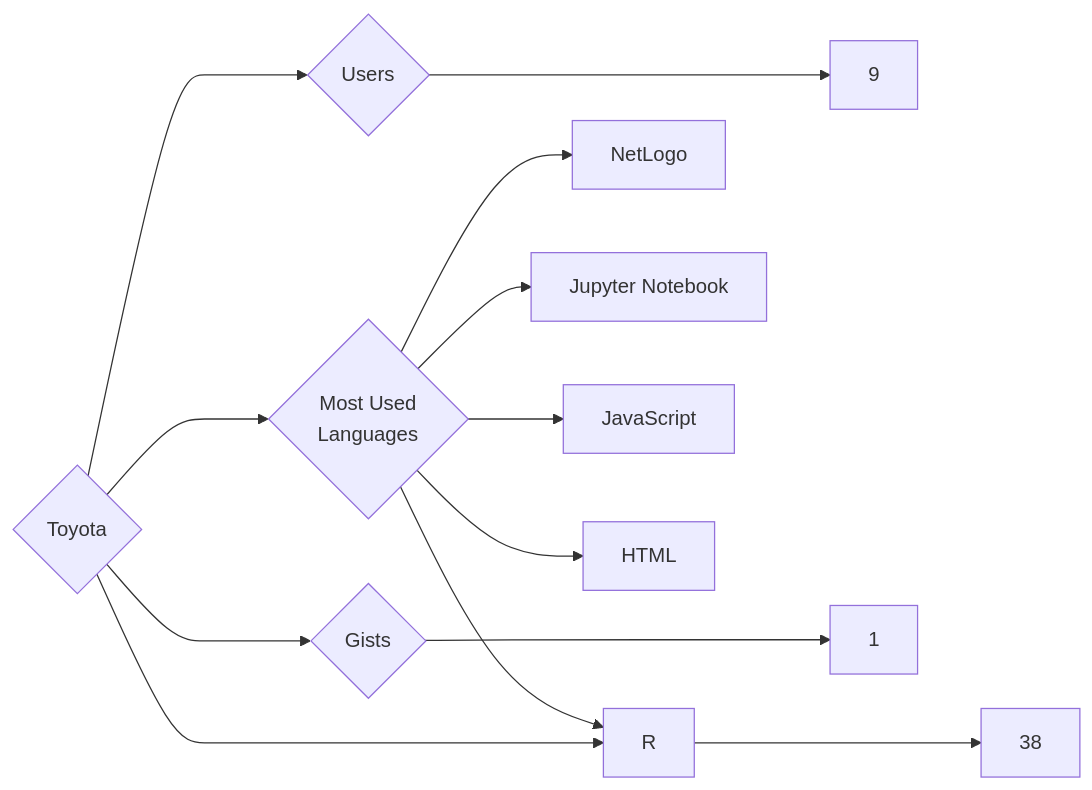
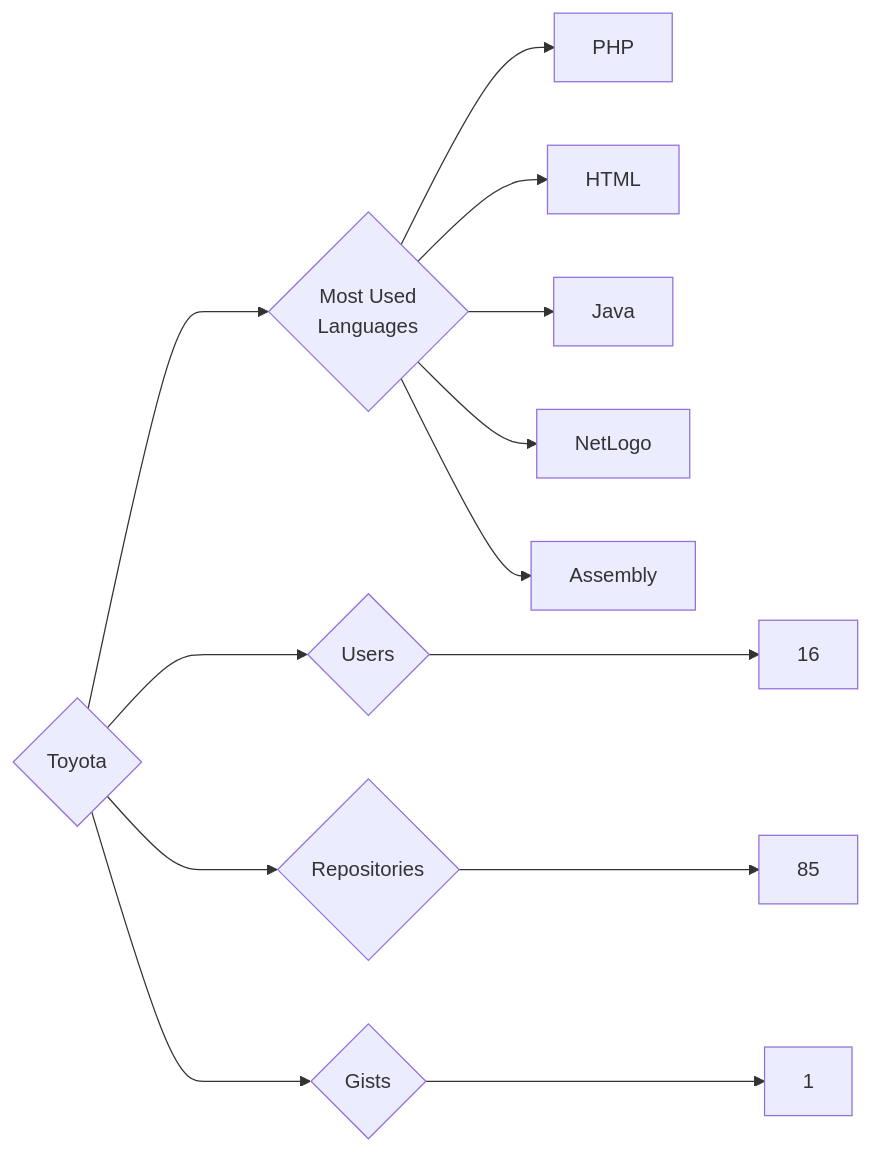
The diagram in targets/Toyota/README.md (trickest/insiders), drawn with Mermaid before and after one commit. The commit also changed 878 other files, not shown here.

````diff
--- a/targets/Toyota/README.md
+++ b/targets/Toyota/README.md
@@ -3,13 +3,13 @@
 ```mermaid
 graph LR
 COMPANY_NAME{Toyota}
-COMPANY_NAME ---> U{Users} ---> UN[9]
-COMPANY_NAME ---> R{Repositories} ---> RN[38]
+COMPANY_NAME ---> U{Users} ---> UN[16]
+COMPANY_NAME ---> R{Repositories} ---> RN[85]
 COMPANY_NAME ---> G{Gists} ---> GN[1]
 COMPANY_NAME ---> ML{Most Used<br>Languages}
+ML --> PHP[PHP]
+ML --> HTML[HTML]
+ML --> Java[Java]
 ML --> NetLogo[NetLogo]
-ML --> Jupyter_Notebook[Jupyter Notebook]
-ML --> JavaScript[JavaScript]
-ML --> HTML[HTML]
-ML --> R[R]
+ML --> Assembly[Assembly]
 ```
````
